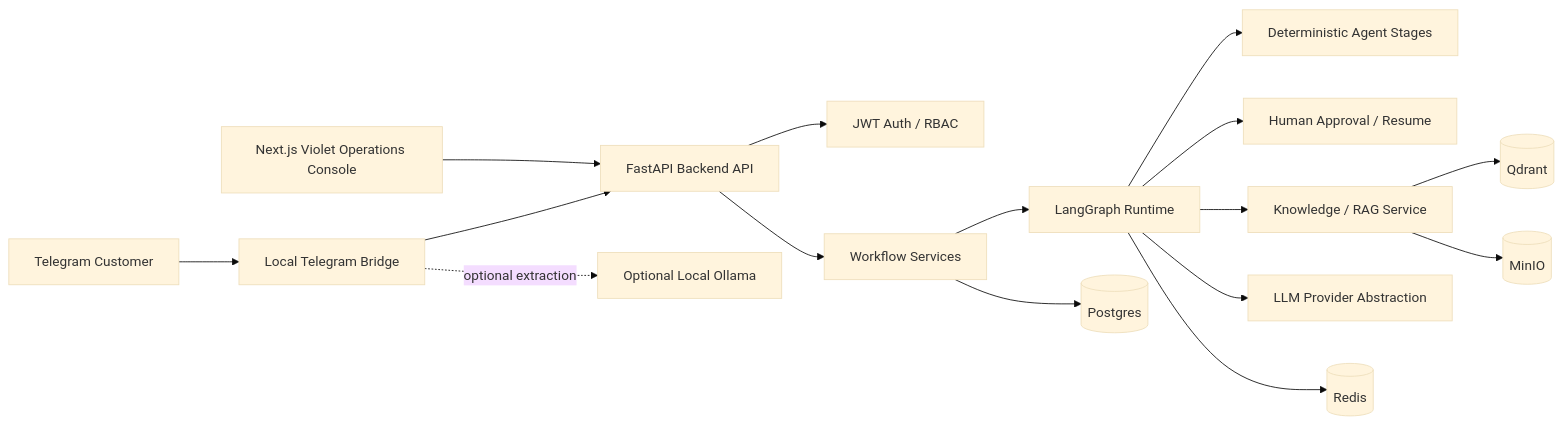
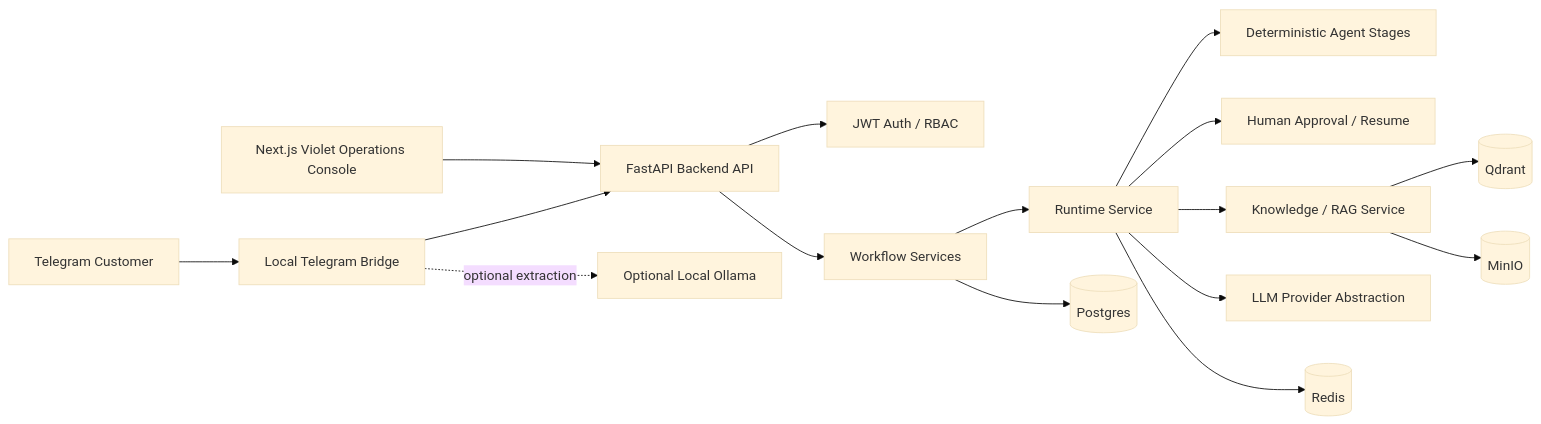
The diagram in README.md (hzjanuary/multi-agent-system), drawn with Mermaid (base theme) before and after one commit. The commit also changed other lines of this file, not shown here.

````diff
--- a/README.md
+++ b/README.md
@@ -81,35 +127,35 @@
 ```mermaid
 flowchart LR
   Telegram[Telegram Customer]
   Bridge[Local Telegram Bridge]
   Frontend[Next.js Violet Operations Console]
   API[FastAPI Backend API]
   Auth[JWT Auth / RBAC]
   Workflow[Workflow Services]
-  Runtime[LangGraph Runtime]
+  Runtime[Runtime Service]
   Agents[Deterministic Agent Stages]
   Approval[Human Approval / Resume]
   Knowledge[Knowledge / RAG Service]
   LLM[LLM Provider Abstraction]
   Postgres[(Postgres)]
   Redis[(Redis)]
   Qdrant[(Qdrant)]
   MinIO[(MinIO)]
   Ollama[Optional Local Ollama]
 
   Telegram --> Bridge
   Bridge --> API
   Frontend --> API
   API --> Auth
   API --> Workflow
   Workflow --> Runtime
   Runtime --> Agents
   Runtime --> Approval
   Runtime --> Knowledge
   Runtime --> LLM
   Bridge -. optional extraction .-> Ollama
   Workflow --> Postgres
   Runtime --> Redis
   Knowledge --> Qdrant
   Knowledge --> MinIO
 ```
````
